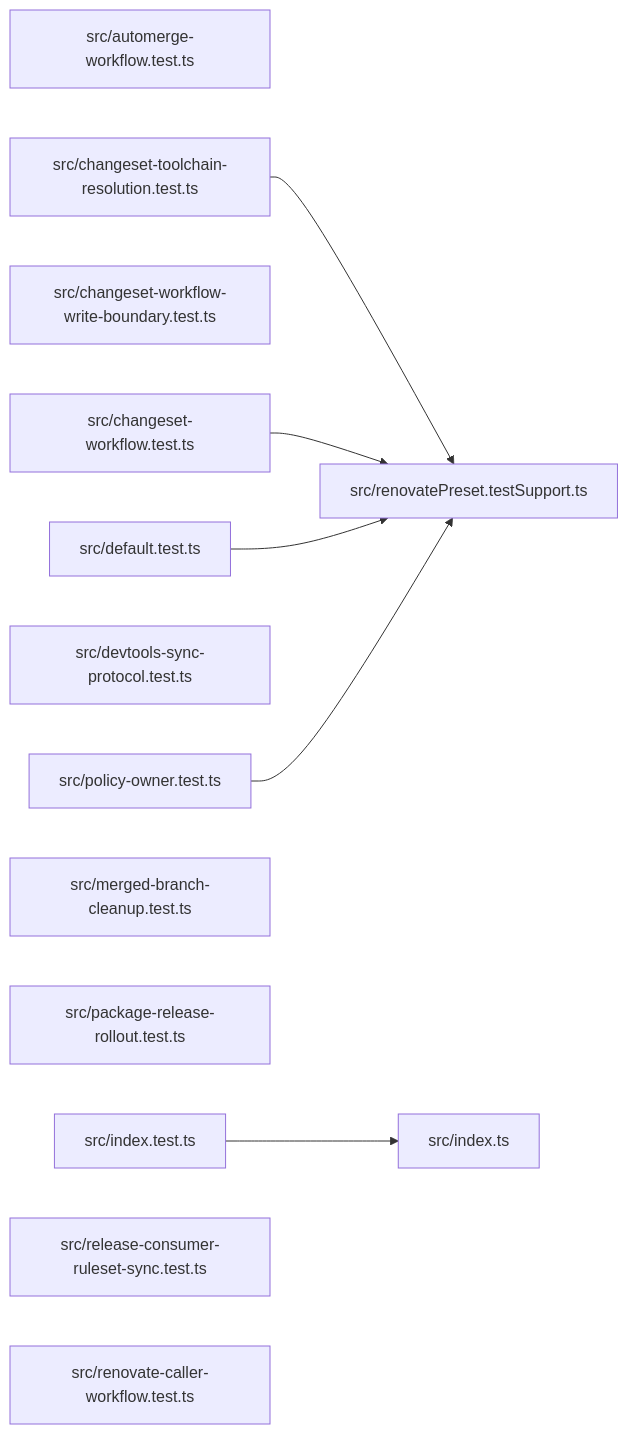
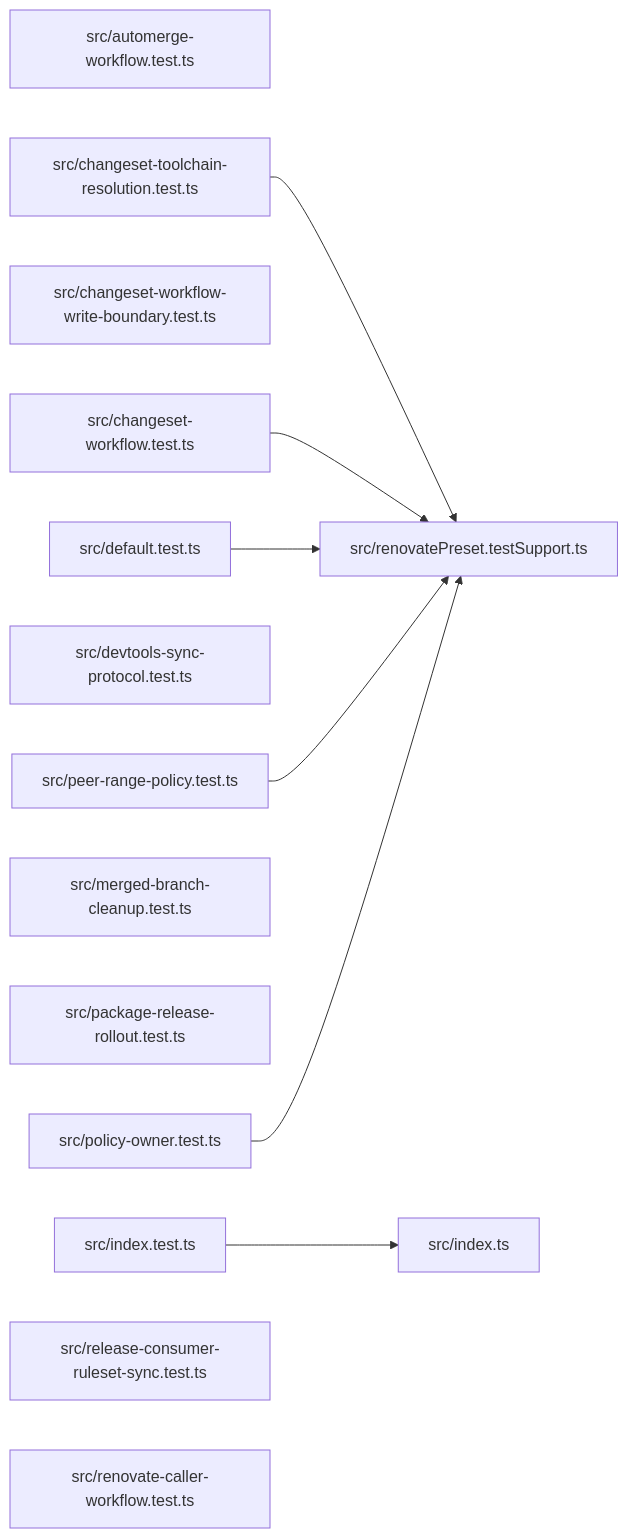
One commit to ankhorage/renovate changed the diagram in paradox/diagrams/module-relationships.mmd. Above: the diagram before and after it, drawn with Mermaid. The commit also changed 9 other files, not shown here.

```diff
--- a/paradox/diagrams/module-relationships.mmd
+++ b/paradox/diagrams/module-relationships.mmd
@@ -1,20 +1,22 @@
 graph LR
   module_src_automerge_workflow_test_ts["src/automerge-workflow.test.ts"]
   module_src_changeset_toolchain_resolution_test_ts["src/changeset-toolchain-resolution.test.ts"]
   module_src_changeset_workflow_write_boundary_test_ts["src/changeset-workflow-write-boundary.test.ts"]
   module_src_changeset_workflow_test_ts["src/changeset-workflow.test.ts"]
   module_src_default_test_ts["src/default.test.ts"]
   module_src_devtools_sync_protocol_test_ts["src/devtools-sync-protocol.test.ts"]
   module_src_index_test_ts["src/index.test.ts"]
   module_src_index_ts["src/index.ts"]
   module_src_merged_branch_cleanup_test_ts["src/merged-branch-cleanup.test.ts"]
   module_src_package_release_rollout_test_ts["src/package-release-rollout.test.ts"]
+  module_src_peer_range_policy_test_ts["src/peer-range-policy.test.ts"]
   module_src_policy_owner_test_ts["src/policy-owner.test.ts"]
   module_src_release_consumer_ruleset_sync_test_ts["src/release-consumer-ruleset-sync.test.ts"]
   module_src_renovate_caller_workflow_test_ts["src/renovate-caller-workflow.test.ts"]
   module_src_renovatePreset_testSupport_ts["src/renovatePreset.testSupport.ts"]
   module_src_changeset_toolchain_resolution_test_ts --> module_src_renovatePreset_testSupport_ts
   module_src_changeset_workflow_test_ts --> module_src_renovatePreset_testSupport_ts
   module_src_default_test_ts --> module_src_renovatePreset_testSupport_ts
   module_src_index_test_ts --> module_src_index_ts
+  module_src_peer_range_policy_test_ts --> module_src_renovatePreset_testSupport_ts
   module_src_policy_owner_test_ts --> module_src_renovatePreset_testSupport_ts
```
